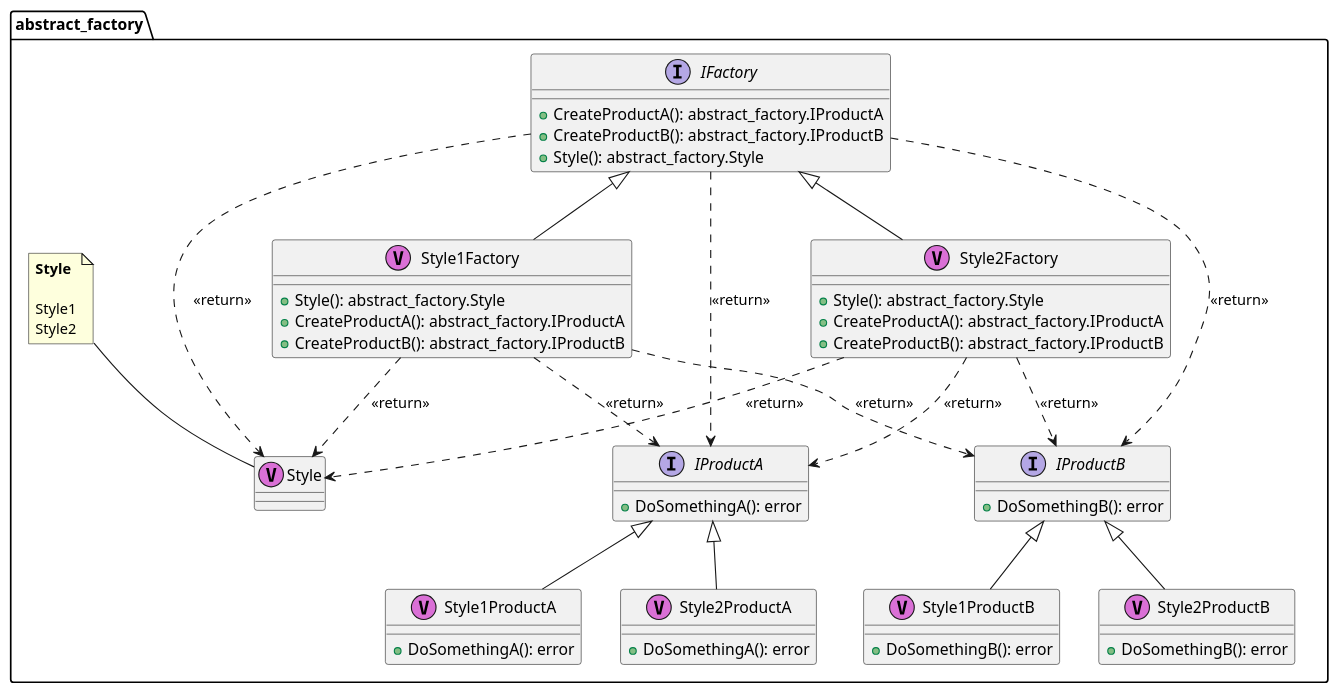
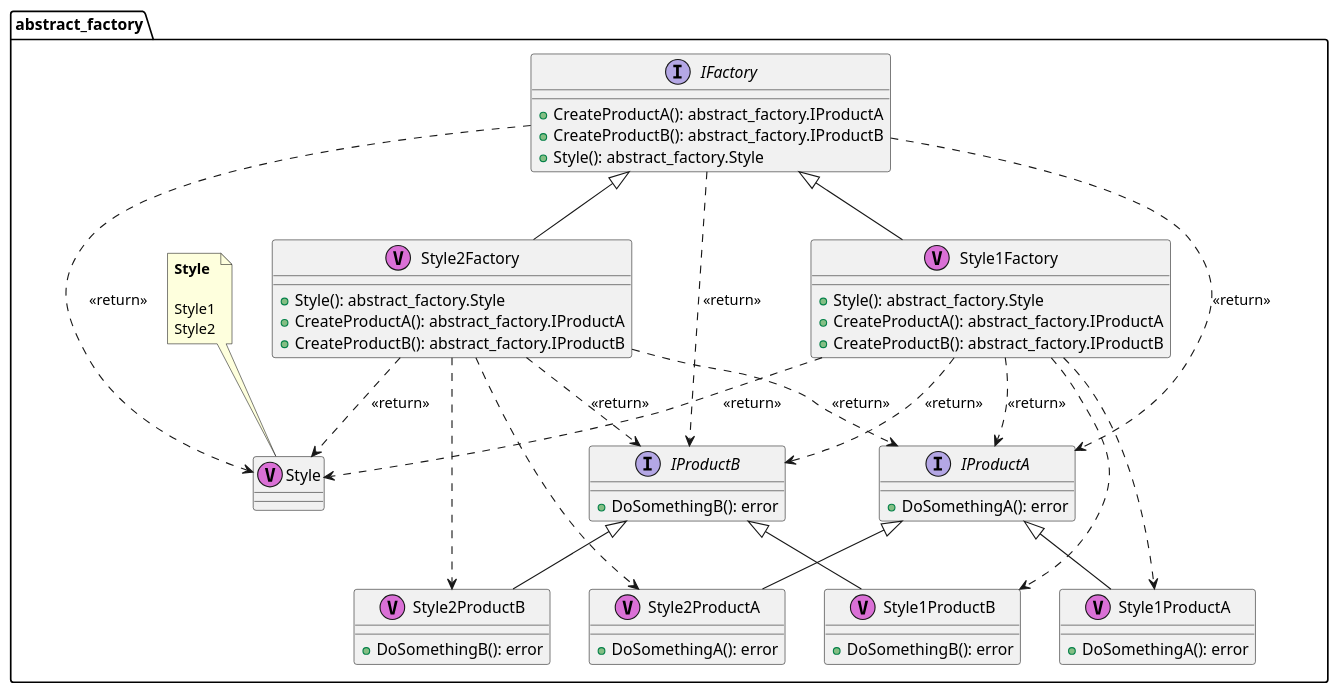
The diagram in creational/abstract_factory/file.puml (hitzhangjie/go-patterns), drawn with PlantUML before and after one commit. The commit also changed 2 other files, not shown here.

```diff
--- a/creational/abstract_factory/file.puml
+++ b/creational/abstract_factory/file.puml
@@ -1,113 +1,116 @@
 @startuml
 
 package "abstract_factory" {
 	interface "IFactory" as abstract_factory.IFactory {
 		+CreateProductA(): abstract_factory.IProductA
 		+CreateProductB(): abstract_factory.IProductB
 		+Style(): abstract_factory.Style
 	}
 }
 
 
 	abstract_factory.IFactory ..> abstract_factory.IProductA : <<return>> 
 	abstract_factory.IFactory ..> abstract_factory.IProductB : <<return>> 
 	abstract_factory.IFactory ..> abstract_factory.Style : <<return>> 
 
 package "abstract_factory" {
 	interface "IProductA" as abstract_factory.IProductA {
 		+DoSomethingA(): error
 	}
 }
 
 
 
 package "abstract_factory" {
 	interface "IProductB" as abstract_factory.IProductB {
 		+DoSomethingB(): error
 	}
 }
 
 
 
 package "abstract_factory" {
 	class "Style" as abstract_factory.Style <<V,Orchid>>
 }
 
 
 
 package "abstract_factory" {
 	class "Style1Factory" as abstract_factory.Style1Factory <<V,Orchid>> {
 		+Style(): abstract_factory.Style
 		+CreateProductA(): abstract_factory.IProductA
 		+CreateProductB(): abstract_factory.IProductB
 	}
 }
 
 
 	abstract_factory.Style1Factory ..> abstract_factory.Style : <<return>> 
 	abstract_factory.Style1Factory ..> abstract_factory.IProductA : <<return>> 
 	abstract_factory.Style1Factory ..> abstract_factory.IProductB : <<return>> 
 
 package "abstract_factory" {
 	class "Style1ProductA" as abstract_factory.Style1ProductA <<V,Orchid>> {
 		+DoSomethingA(): error
 	}
 }
 
 
 
 package "abstract_factory" {
 	class "Style1ProductB" as abstract_factory.Style1ProductB <<V,Orchid>> {
 		+DoSomethingB(): error
 	}
 }
 
 
 
 package "abstract_factory" {
 	class "Style2Factory" as abstract_factory.Style2Factory <<V,Orchid>> {
 		+Style(): abstract_factory.Style
 		+CreateProductA(): abstract_factory.IProductA
 		+CreateProductB(): abstract_factory.IProductB
 	}
 }
 
 
 	abstract_factory.Style2Factory ..> abstract_factory.Style : <<return>> 
 	abstract_factory.Style2Factory ..> abstract_factory.IProductA : <<return>> 
 	abstract_factory.Style2Factory ..> abstract_factory.IProductB : <<return>> 
 
 package "abstract_factory" {
 	class "Style2ProductA" as abstract_factory.Style2ProductA <<V,Orchid>> {
 		+DoSomethingA(): error
 	}
 }
 
 
 
 package "abstract_factory" {
 	class "Style2ProductB" as abstract_factory.Style2ProductB <<V,Orchid>> {
 		+DoSomethingB(): error
 	}
 }
 
-
-
 	abstract_factory.Style1Factory -up-|> abstract_factory.IFactory
 	abstract_factory.Style1ProductA -up-|> abstract_factory.IProductA
 	abstract_factory.Style1ProductB -up-|> abstract_factory.IProductB
 	abstract_factory.Style2Factory -up-|> abstract_factory.IFactory
 	abstract_factory.Style2ProductA -up-|> abstract_factory.IProductA
 	abstract_factory.Style2ProductB -up-|> abstract_factory.IProductB
 
 package "abstract_factory" {
 	note as N_abstract_factory_Style
 		<b>Style</b>
 
 		Style1
 		Style2
 	end note
 }
 N_abstract_factory_Style --> abstract_factory.Style
 
+abstract_factory.Style1Factory ..> abstract_factory.Style1ProductA
+abstract_factory.Style1Factory ..> abstract_factory.Style1ProductB
+abstract_factory.Style2Factory ..> abstract_factory.Style2ProductA
+abstract_factory.Style2Factory ..> abstract_factory.Style2ProductB
+
 @enduml
```
